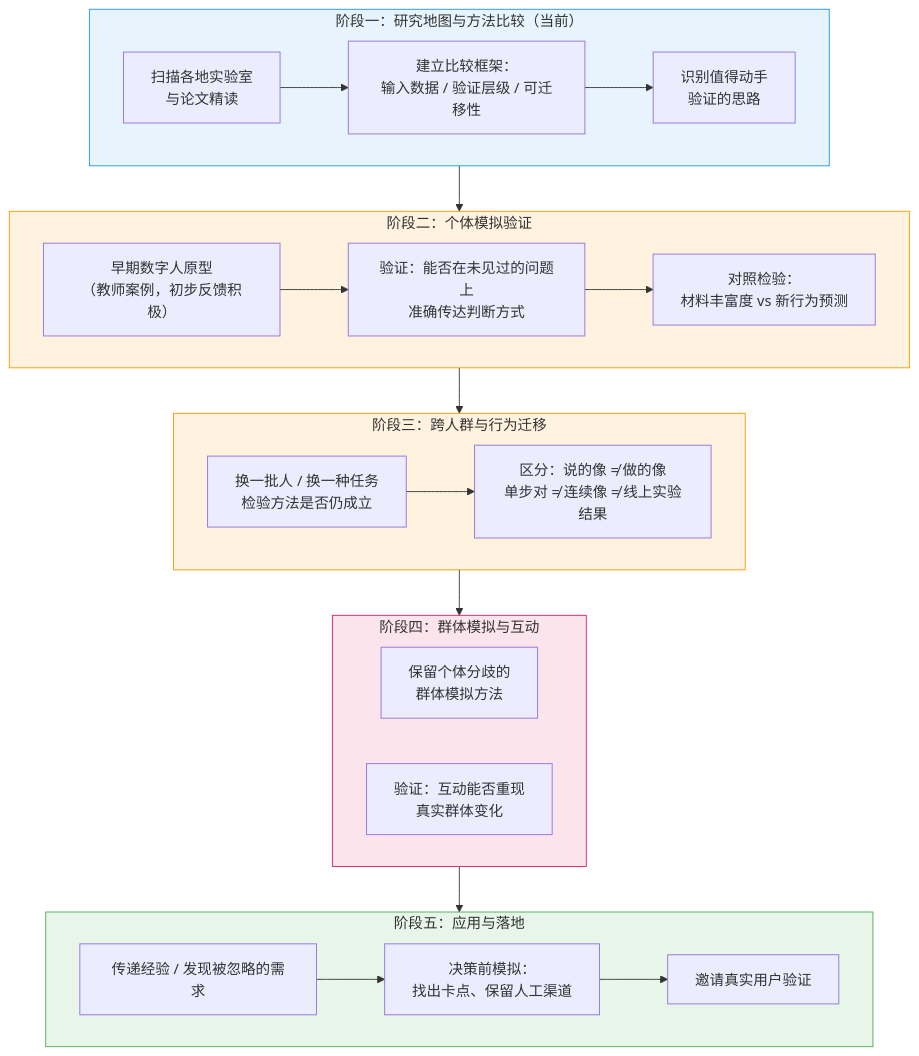
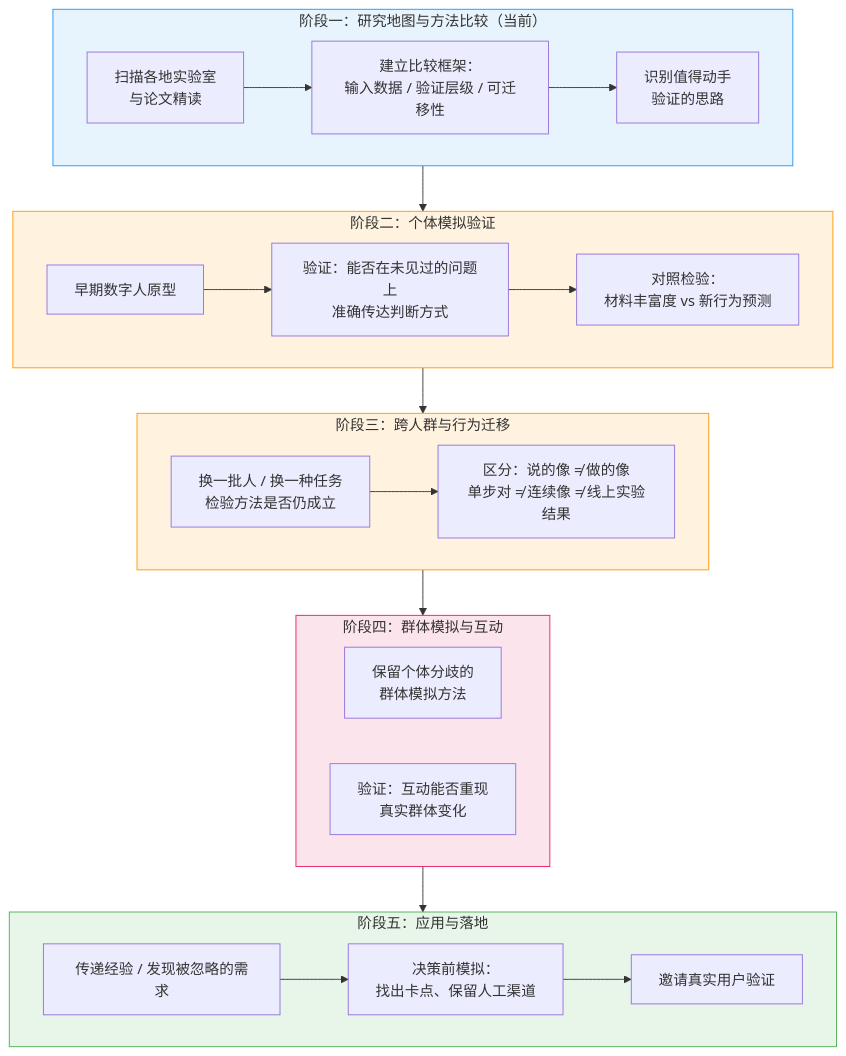
Before and after one commit to Ashripa/research-journal: the diagram in content/about.md, drawn with Mermaid.

Commit message:
Remove teacher-case aside from the About roadmap

````diff
--- a/content/about.md
+++ b/content/about.md
@@ -33,42 +33,42 @@
 ```mermaid
 flowchart TB
     subgraph P1["阶段一：研究地图与方法比较（当前）"]
         A1["扫描各地实验室<br/>与论文精读"]
         A2["建立比较框架：<br/>输入数据 / 验证层级 / 可迁移性"]
         A3["识别值得动手<br/>验证的思路"]
         A1 --> A2 --> A3
     end
 
     subgraph P2["阶段二：个体模拟验证"]
-        B1["早期数字人原型<br/>（教师案例，初步反馈积极）"]
+        B1["早期数字人原型"]
         B2["验证：能否在未见过的问题上<br/>准确传达判断方式"]
         B3["对照检验：<br/>材料丰富度 vs 新行为预测"]
         B1 --> B2 --> B3
     end
 
     subgraph P3["阶段三：跨人群与行为迁移"]
         C1["换一批人 / 换一种任务<br/>检验方法是否仍成立"]
         C2["区分：说的像 ≠ 做的像<br/>单步对 ≠ 连续像 ≠ 线上实验结果"]
         C1 --> C2
     end
 
     subgraph P4["阶段四：群体模拟与互动"]
         D1["保留个体分歧的<br/>群体模拟方法"]
         D2["验证：互动能否重现<br/>真实群体变化"]
     end
 
     subgraph P5["阶段五：应用与落地"]
         E1["传递经验 / 发现被忽略的需求"]
         E2["决策前模拟：<br/>找出卡点、保留人工渠道"]
         E3["邀请真实用户验证"]
         E1 --> E2 --> E3
     end
 
     P1 --> P2 --> P3 --> P4 --> P5
 
     style P1 fill:#e8f4fd,stroke:#2196f3
     style P2 fill:#fff3e0,stroke:#ff9800
     style P3 fill:#fff3e0,stroke:#ff9800
     style P4 fill:#fce4ec,stroke:#e91e63
     style P5 fill:#e8f5e9,stroke:#4caf50
 ```
````
